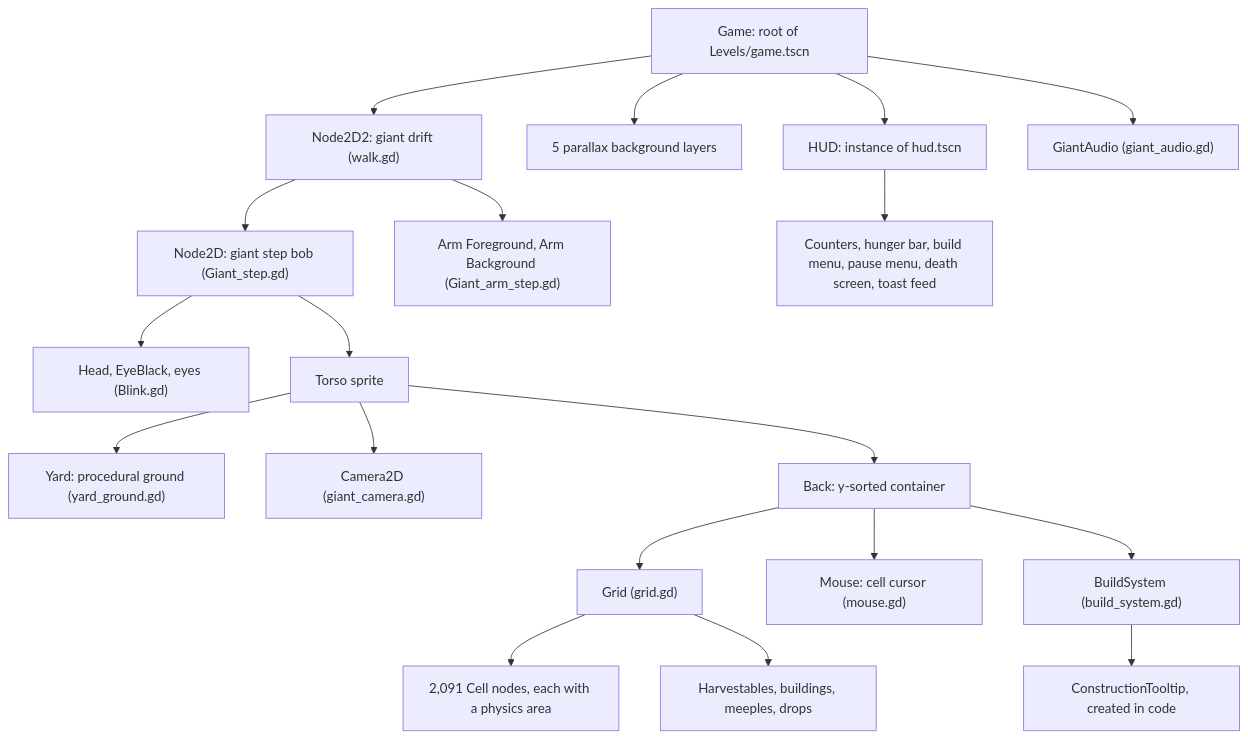
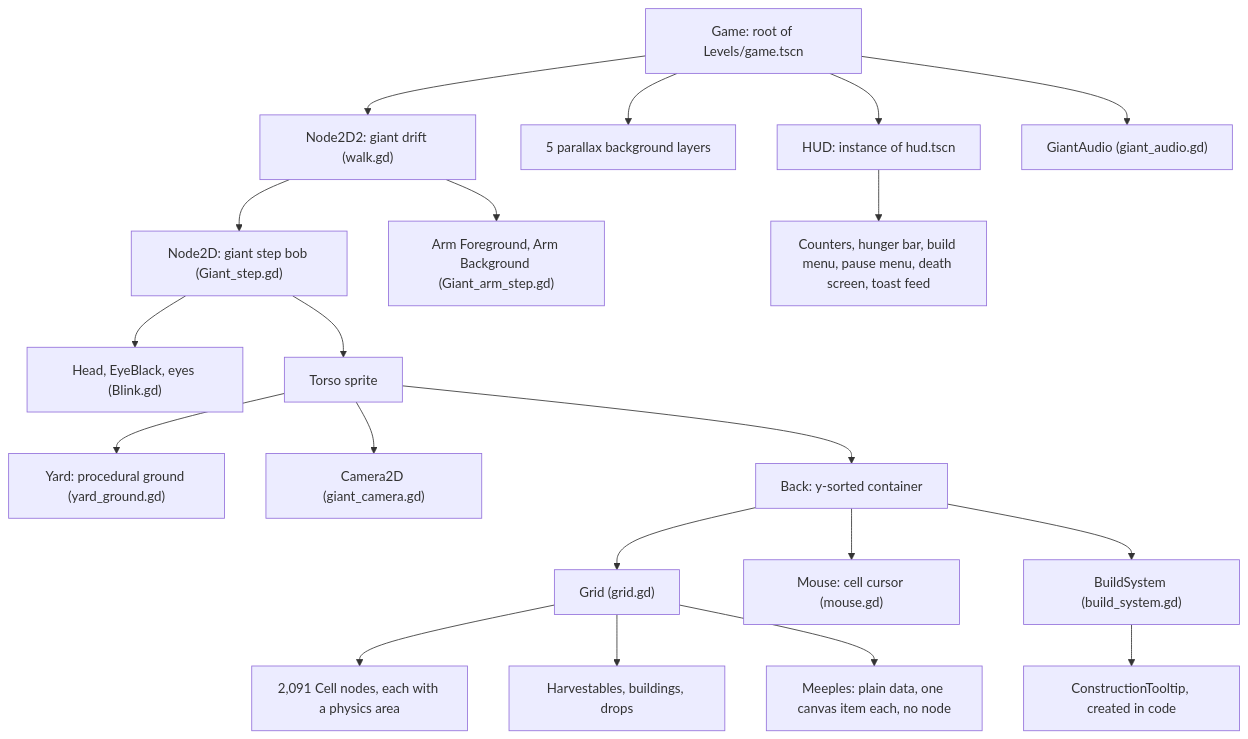
One commit to Liam-M-Mays/game-jam-2026 changed the third of 10 diagrams in docs/architecture.md. Above: the diagram before and after it, drawn with Mermaid. The commit also changed other lines of this file and 9 other files, not shown here.

First line of the commit message:
Make meeples plain data that Grid ticks and draws as canvas items

````diff
--- a/docs/architecture.md
+++ b/docs/architecture.md
@@ -136,41 +136,43 @@
 ```mermaid
 flowchart TD
     game["Game: root of Levels/game.tscn"]
     walk["Node2D2: giant drift (walk.gd)"]
     step["Node2D: giant step bob (Giant_step.gd)"]
     head["Head, EyeBlack, eyes (Blink.gd)"]
     arms["Arm Foreground, Arm Background (Giant_arm_step.gd)"]
     torso["Torso sprite"]
     yard["Yard: procedural ground (yard_ground.gd)"]
     camera["Camera2D (giant_camera.gd)"]
     back["Back: y-sorted container"]
     grid["Grid (grid.gd)"]
     cells["2,091 Cell nodes, each with a physics area"]
-    objects["Harvestables, buildings, meeples, drops"]
+    objects["Harvestables, buildings, drops"]
+    meeples["Meeples: plain data, one canvas item each, no node"]
     cursor["Mouse: cell cursor (mouse.gd)"]
     buildSystem["BuildSystem (build_system.gd)"]
     tooltip["ConstructionTooltip, created in code"]
     parallax["5 parallax background layers"]
     hud["HUD: instance of hud.tscn"]
     hudKids["Counters, hunger bar, build menu, pause menu, death screen, toast feed"]
     giantAudio["GiantAudio (giant_audio.gd)"]
 
     game --> walk
     walk --> step
     walk --> arms
     step --> head
     step --> torso
     torso --> yard
     torso --> camera
     torso --> back
     back --> grid
     back --> cursor
     back --> buildSystem
     grid --> cells
     grid --> objects
+    grid --> meeples
     buildSystem --> tooltip
     game --> parallax
     game --> hud
     hud --> hudKids
     game --> giantAudio
 ```
````
